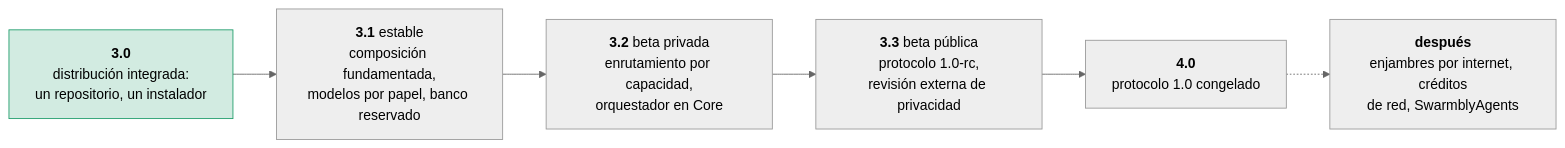
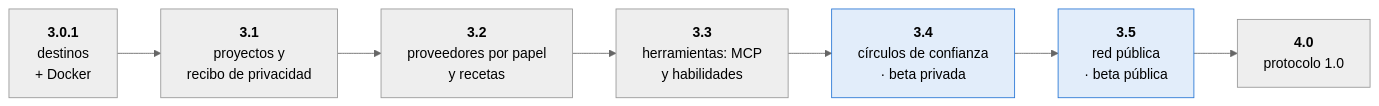
One commit to Sebastardito/SwarmblyAI changed the tenth of 10 diagrams in README.md. Above: the diagram before and after it, drawn with Mermaid (neutral theme). The commit also changed other lines of this file and 11 other files, not shown here.

````diff
--- a/README.md
+++ b/README.md
@@ -579,9 +585,11 @@
 ```mermaid
 flowchart LR
-  A["<b>3.0</b><br/>distribución integrada:<br/>un repositorio, un instalador"] --> B["<b>3.1</b> estable<br/>composición fundamentada,<br/>modelos por papel, banco reservado"]
-  B --> C["<b>3.2</b> beta privada<br/>enrutamiento por capacidad,<br/>orquestador en Core"]
-  C --> D["<b>3.3</b> beta pública<br/>protocolo 1.0-rc,<br/>revisión externa de privacidad"]
-  D --> E["<b>4.0</b><br/>protocolo 1.0 congelado"]
-  E -.-> F["<b>después</b><br/>enjambres por internet, créditos<br/>de red, SwarmblyAgents"]
-  style A fill:#1f9d6b33,stroke:#1f9d6b
+  A["<b>3.0.1</b><br/>destinos<br/>+ Docker"] --> B["<b>3.1</b><br/>proyectos y<br/>recibo de privacidad"]
+  B --> C["<b>3.2</b><br/>proveedores por papel<br/>y recetas"]
+  C --> D["<b>3.3</b><br/>herramientas: MCP<br/>y habilidades"]
+  D --> E["<b>3.4</b><br/>círculos de confianza<br/>· beta privada"]
+  E --> F["<b>3.5</b><br/>red pública<br/>· beta pública"]
+  F --> G["<b>4.0</b><br/>protocolo 1.0"]
+  style E fill:#2a78d622,stroke:#2a78d6
+  style F fill:#2a78d622,stroke:#2a78d6
 ```
````
